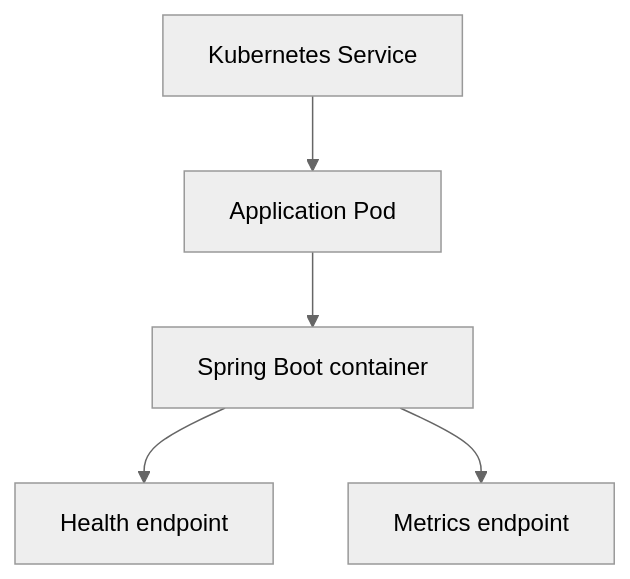
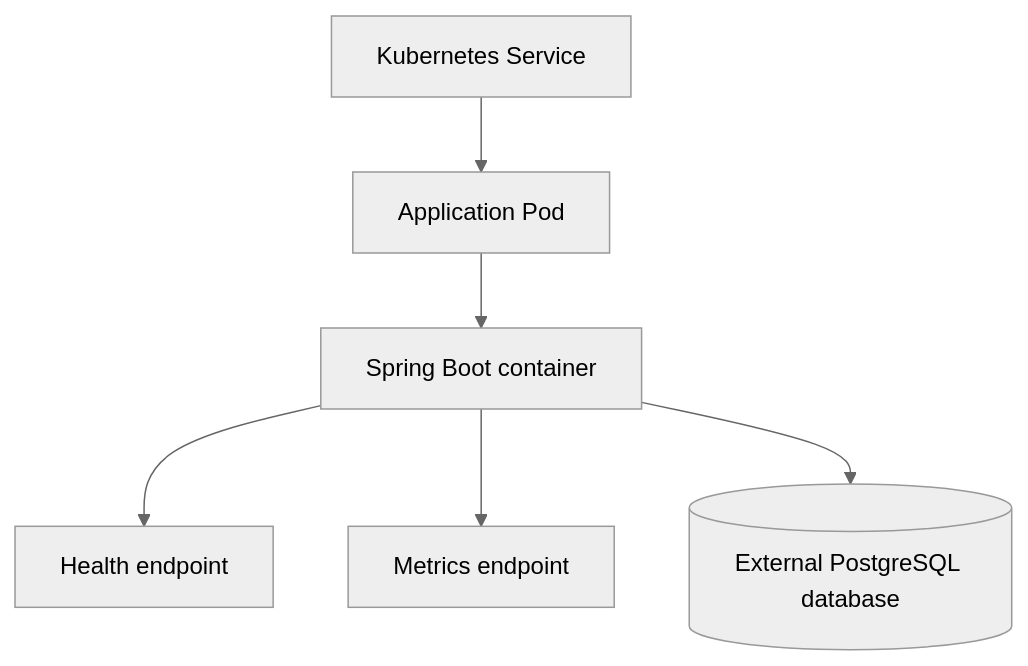
The third of 4 diagrams in docs/architecture.md (istvandezsi/java-cloud-platform-lab), drawn with Mermaid (neutral theme) before and after one commit. The commit also changed other lines of this file and 10 other files, not shown here.

Commit message:
Add PostgreSQL persistence for task API

````diff
--- a/docs/architecture.md
+++ b/docs/architecture.md
@@ -55,7 +74,8 @@
 ```mermaid
 flowchart TD
     Service[Kubernetes Service] --> Pod[Application Pod]
     Pod --> Container[Spring Boot container]
     Container --> Health[Health endpoint]
     Container --> Metrics[Metrics endpoint]
+    Container --> ExternalDatabase[(External PostgreSQL database)]
 ```
````
